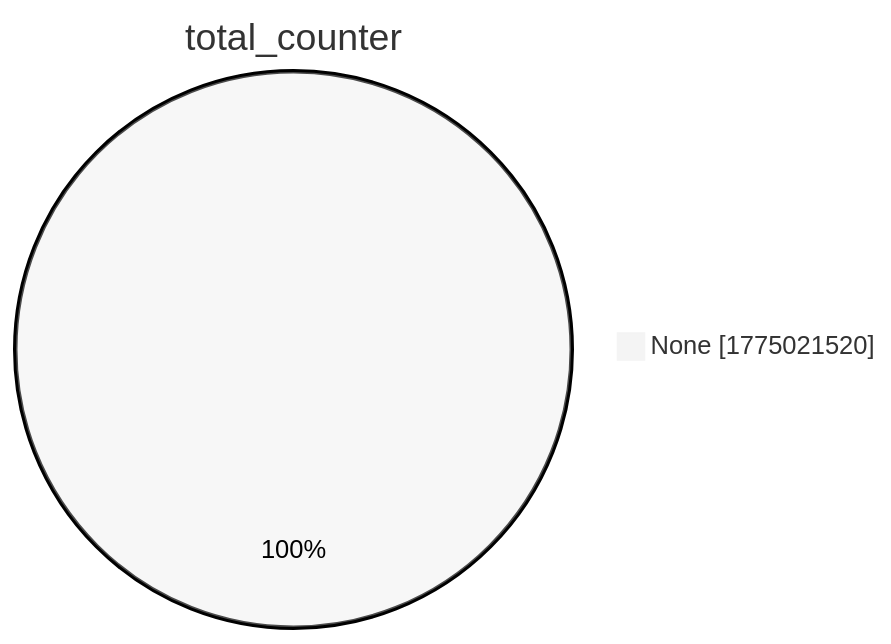
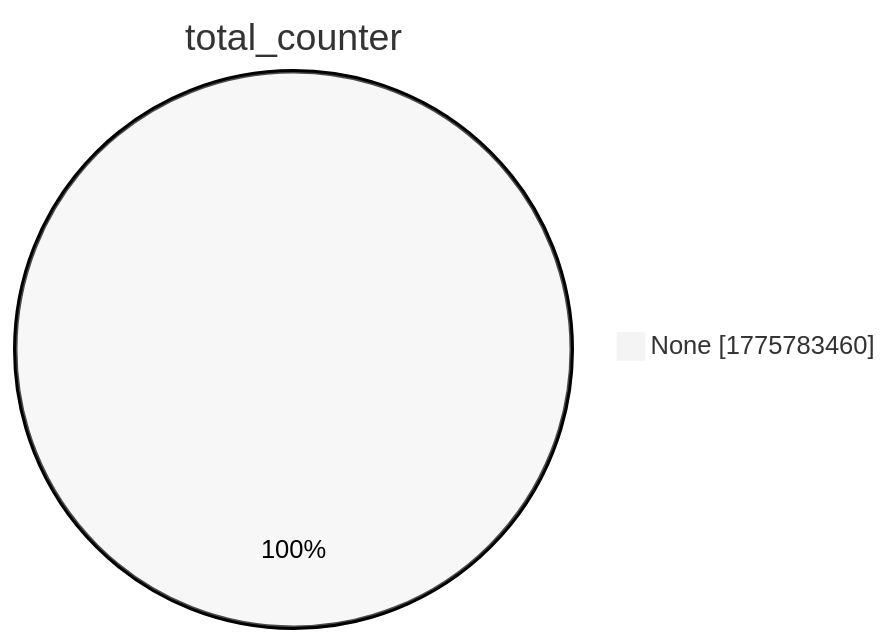
One commit to christiankrug/ctmonitor_visualization changed the second of 15 diagrams in xenon2022/README.md. Above: the diagram before and after it, drawn with Mermaid (neutral theme). The commit also changed other lines of this file, not shown here.

````diff
--- a/xenon2022/README.md
+++ b/xenon2022/README.md
@@ -9,5 +9,5 @@
 ```mermaid
 pie showData
 title total_counter
-"None" :1775021520
+"None" :1775783460
 ```
````
